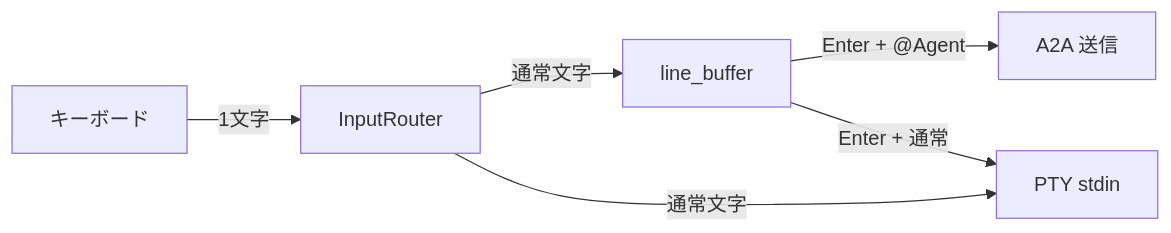
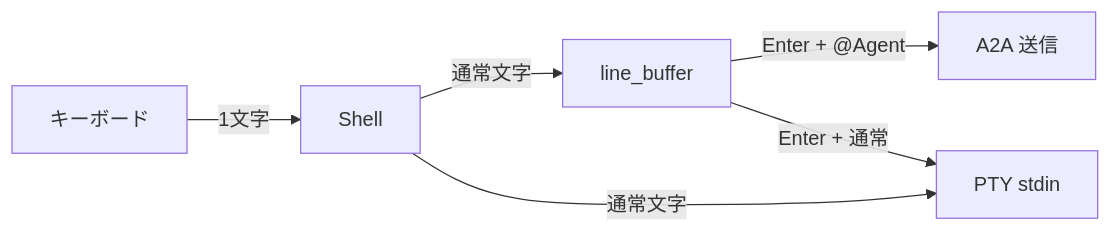
One commit to s-hiraoku/synapse-a2a changed diagram 19 of 21 in guides/architecture.md. Above: the diagram before and after it, drawn with Mermaid. The commit also changed other lines of this file and 16 other files, not shown here.

First line of the commit message:
docs: update InputRouter refs to Shell, fix stale links and badges

````diff
--- a/guides/architecture.md
+++ b/guides/architecture.md
@@ -683,14 +683,14 @@
 ```mermaid
 flowchart LR
     Keyboard["キーボード"]
-    IR["InputRouter"]
+    IR["Shell"]
     LineBuffer["line_buffer"]
     PTY["PTY stdin"]
     A2A["A2A 送信"]
 
     Keyboard -->|"1文字"| IR
     IR -->|"通常文字"| LineBuffer
     IR -->|"通常文字"| PTY
     LineBuffer -->|"Enter + @Agent"| A2A
     LineBuffer -->|"Enter + 通常"| PTY
 ```
````
